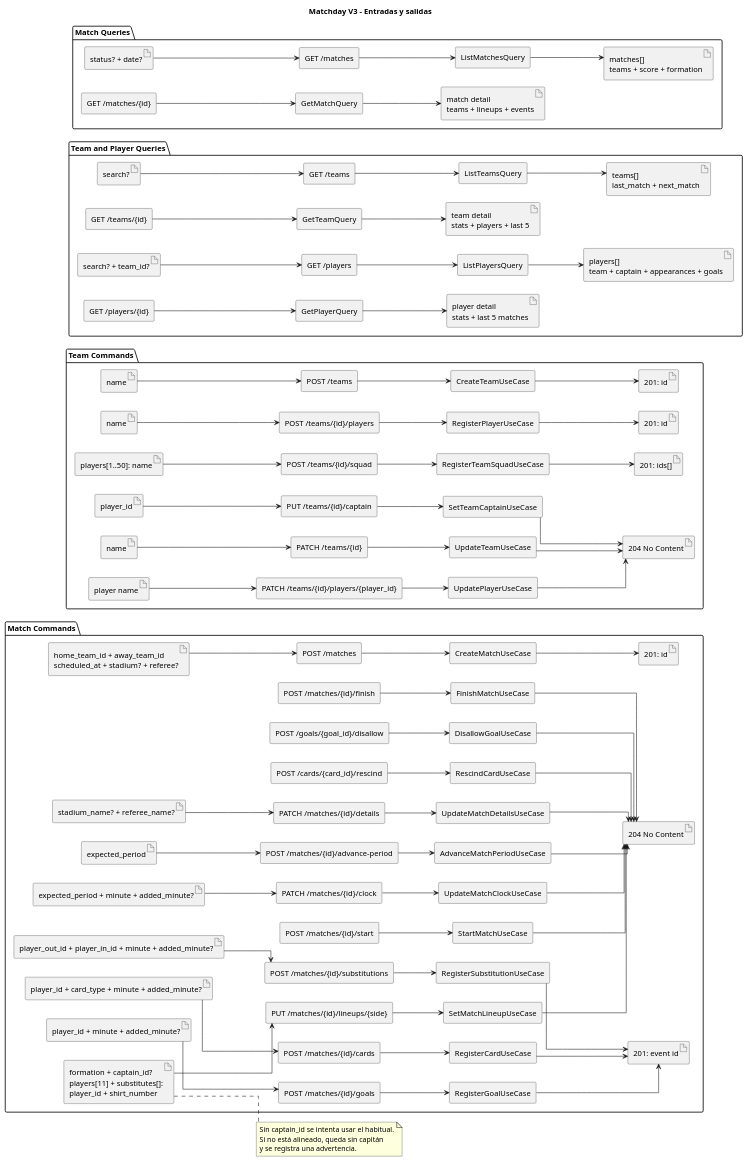
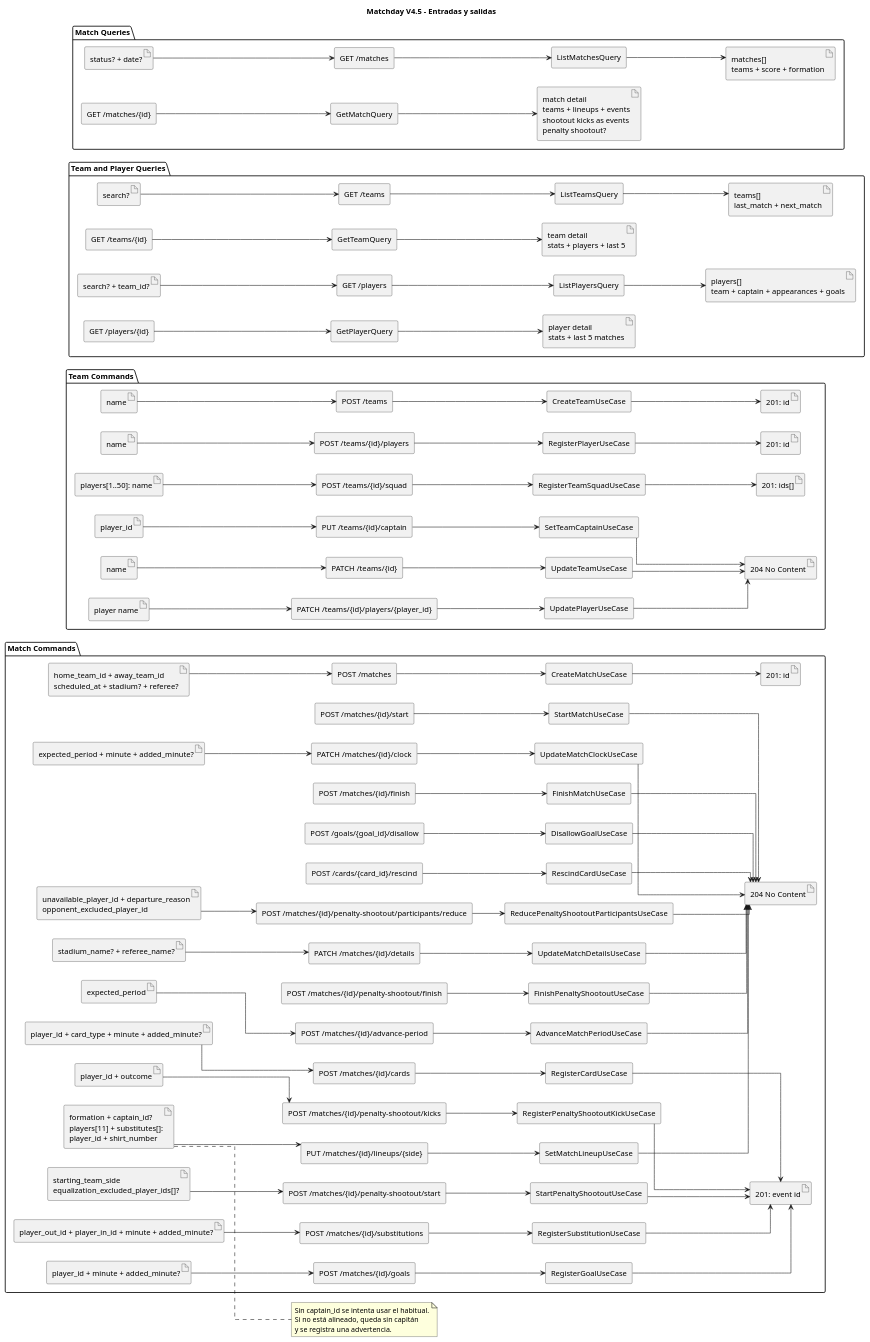
The diagram in docs/diagrams/inputs-outputs.puml (JaredDet/Match-Day), drawn with PlantUML before and after one commit. The commit also changed 35 other files, not shown here.

```diff
--- a/docs/diagrams/inputs-outputs.puml
+++ b/docs/diagrams/inputs-outputs.puml
@@ -1,168 +1,190 @@
 @startuml Matchday Inputs and Outputs
-title Matchday V3 - Entradas y salidas
+title Matchday V4.5 - Entradas y salidas
 left to right direction
 skinparam componentStyle rectangle
 skinparam linetype ortho
 
 package "Team Commands" {
   component "POST /teams" as CreateTeamApi
   component "CreateTeamUseCase" as CreateTeam
   artifact "name" as CreateTeamInput
   artifact "201: id" as CreateTeamOutput
   component "PATCH /teams/{id}" as UpdateTeamApi
   component "UpdateTeamUseCase" as UpdateTeam
   artifact "name" as UpdateTeamInput
   component "POST /teams/{id}/players" as RegisterPlayerApi
   component "RegisterPlayerUseCase" as RegisterPlayer
   artifact "name" as RegisterPlayerInput
   artifact "201: id" as RegisterPlayerOutput
   component "POST /teams/{id}/squad" as RegisterSquadApi
   component "RegisterTeamSquadUseCase" as RegisterSquad
   artifact "players[1..50]: name" as RegisterSquadInput
   artifact "201: ids[]" as RegisterSquadOutput
   component "PATCH /teams/{id}/players/{player_id}" as UpdatePlayerApi
   component "UpdatePlayerUseCase" as UpdatePlayer
   artifact "player name" as UpdatePlayerInput
   component "PUT /teams/{id}/captain" as SetCaptainApi
   component "SetTeamCaptainUseCase" as SetCaptain
   artifact "player_id" as SetCaptainInput
   artifact "204 No Content" as EmptyTeamOutput
 }
 
 package "Team and Player Queries" {
   component "GET /teams" as ListTeamsApi
   component "ListTeamsQuery" as ListTeams
   artifact "search?" as ListTeamsInput
   artifact "teams[]\nlast_match + next_match" as ListTeamsOutput
   component "GET /teams/{id}" as GetTeamApi
   component "GetTeamQuery" as GetTeam
   artifact "team detail\nstats + players + last 5" as GetTeamOutput
   component "GET /players" as ListPlayersApi
   component "ListPlayersQuery" as ListPlayers
   artifact "search? + team_id?" as ListPlayersInput
   artifact "players[]\nteam + captain + appearances + goals" as ListPlayersOutput
   component "GET /players/{id}" as GetPlayerApi
   component "GetPlayerQuery" as GetPlayer
   artifact "player detail\nstats + last 5 matches" as GetPlayerOutput
 }
 
 package "Match Commands" {
   component "POST /matches" as CreateMatchApi
   component "CreateMatchUseCase" as CreateMatch
   artifact "home_team_id + away_team_id\nscheduled_at + stadium? + referee?" as CreateMatchInput
   artifact "201: id" as CreateMatchOutput
   component "PATCH /matches/{id}/details" as UpdateDetailsApi
   component "UpdateMatchDetailsUseCase" as UpdateDetails
   artifact "stadium_name? + referee_name?" as UpdateDetailsInput
   component "PUT /matches/{id}/lineups/{side}" as SetLineupApi
   component "SetMatchLineupUseCase" as SetLineup
   artifact "formation + captain_id?\nplayers[11] + substitutes[]:\nplayer_id + shirt_number" as SetLineupInput
   component "POST /matches/{id}/start" as StartApi
   component "StartMatchUseCase" as StartMatch
   component "POST /matches/{id}/advance-period" as AdvancePeriodApi
   component "AdvanceMatchPeriodUseCase" as AdvancePeriod
   artifact "expected_period" as AdvancePeriodInput
   component "PATCH /matches/{id}/clock" as UpdateClockApi
   component "UpdateMatchClockUseCase" as UpdateClock
   artifact "expected_period + minute + added_minute?" as UpdateClockInput
   component "POST /matches/{id}/finish" as FinishApi
   component "FinishMatchUseCase" as FinishMatch
   component "POST /matches/{id}/goals" as GoalApi
   component "RegisterGoalUseCase" as RegisterGoal
   artifact "player_id + minute + added_minute?" as GoalInput
   artifact "201: event id" as EventOutput
   component "POST /matches/{id}/cards" as CardApi
   component "RegisterCardUseCase" as RegisterCard
   artifact "player_id + card_type + minute + added_minute?" as CardInput
   component "POST /matches/{id}/substitutions" as SubstitutionApi
   component "RegisterSubstitutionUseCase" as RegisterSubstitution
   artifact "player_out_id + player_in_id + minute + added_minute?" as SubstitutionInput
   component "POST /goals/{goal_id}/disallow" as DisallowApi
   component "DisallowGoalUseCase" as DisallowGoal
   component "POST /cards/{card_id}/rescind" as RescindApi
   component "RescindCardUseCase" as RescindCard
   artifact "204 No Content" as EmptyMatchOutput
+  component "POST /matches/{id}/penalty-shootout/start" as StartShootoutApi
+  component "StartPenaltyShootoutUseCase" as StartShootout
+  artifact "starting_team_side\nequalization_excluded_player_ids[]?" as StartShootoutInput
+  component "POST /matches/{id}/penalty-shootout/kicks" as ShootoutKickApi
+  component "RegisterPenaltyShootoutKickUseCase" as RegisterShootoutKick
+  artifact "player_id + outcome" as ShootoutKickInput
+  component "POST /matches/{id}/penalty-shootout/participants/reduce" as ReduceShootoutApi
+  component "ReducePenaltyShootoutParticipantsUseCase" as ReduceShootout
+  artifact "unavailable_player_id + departure_reason\nopponent_excluded_player_id" as ReduceShootoutInput
+  component "POST /matches/{id}/penalty-shootout/finish" as FinishShootoutApi
+  component "FinishPenaltyShootoutUseCase" as FinishShootout
 }
 
 package "Match Queries" {
   component "GET /matches" as ListMatchesApi
   component "ListMatchesQuery" as ListMatches
   artifact "status? + date?" as ListMatchesInput
   artifact "matches[]\nteams + score + formation" as ListMatchesOutput
   component "GET /matches/{id}" as GetMatchApi
   component "GetMatchQuery" as GetMatch
-  artifact "match detail\nteams + lineups + events" as GetMatchOutput
+  artifact "match detail\nteams + lineups + events\nshootout kicks as events\npenalty shootout?" as GetMatchOutput
 }
 
 CreateTeamInput --> CreateTeamApi
 CreateTeamApi --> CreateTeam
 CreateTeam --> CreateTeamOutput
 UpdateTeamInput --> UpdateTeamApi
 UpdateTeamApi --> UpdateTeam
 UpdateTeam --> EmptyTeamOutput
 RegisterPlayerInput --> RegisterPlayerApi
 RegisterPlayerApi --> RegisterPlayer
 RegisterPlayer --> RegisterPlayerOutput
 RegisterSquadInput --> RegisterSquadApi
 RegisterSquadApi --> RegisterSquad
 RegisterSquad --> RegisterSquadOutput
 UpdatePlayerInput --> UpdatePlayerApi
 UpdatePlayerApi --> UpdatePlayer
 UpdatePlayer --> EmptyTeamOutput
 SetCaptainInput --> SetCaptainApi
 SetCaptainApi --> SetCaptain
 SetCaptain --> EmptyTeamOutput
 ListTeamsInput --> ListTeamsApi
 ListTeamsApi --> ListTeams
 ListTeams --> ListTeamsOutput
 GetTeamApi --> GetTeam
 GetTeam --> GetTeamOutput
 ListPlayersInput --> ListPlayersApi
 ListPlayersApi --> ListPlayers
 ListPlayers --> ListPlayersOutput
 GetPlayerApi --> GetPlayer
 GetPlayer --> GetPlayerOutput
 CreateMatchInput --> CreateMatchApi
 CreateMatchApi --> CreateMatch
 CreateMatch --> CreateMatchOutput
 UpdateDetailsInput --> UpdateDetailsApi
 UpdateDetailsApi --> UpdateDetails
 UpdateDetails --> EmptyMatchOutput
 SetLineupInput --> SetLineupApi
 SetLineupApi --> SetLineup
 SetLineup --> EmptyMatchOutput
 StartApi --> StartMatch
 StartMatch --> EmptyMatchOutput
 AdvancePeriodInput --> AdvancePeriodApi
 AdvancePeriodApi --> AdvancePeriod
 AdvancePeriod --> EmptyMatchOutput
 UpdateClockInput --> UpdateClockApi
 UpdateClockApi --> UpdateClock
 UpdateClock --> EmptyMatchOutput
 FinishApi --> FinishMatch
 FinishMatch --> EmptyMatchOutput
 GoalInput --> GoalApi
 GoalApi --> RegisterGoal
 RegisterGoal --> EventOutput
 CardInput --> CardApi
 CardApi --> RegisterCard
 RegisterCard --> EventOutput
 SubstitutionInput --> SubstitutionApi
 SubstitutionApi --> RegisterSubstitution
 RegisterSubstitution --> EventOutput
 DisallowApi --> DisallowGoal
 DisallowGoal --> EmptyMatchOutput
 RescindApi --> RescindCard
 RescindCard --> EmptyMatchOutput
+StartShootoutInput --> StartShootoutApi
+StartShootoutApi --> StartShootout
+StartShootout --> EventOutput
+ShootoutKickInput --> ShootoutKickApi
+ShootoutKickApi --> RegisterShootoutKick
+RegisterShootoutKick --> EventOutput
+ReduceShootoutInput --> ReduceShootoutApi
+ReduceShootoutApi --> ReduceShootout
+ReduceShootout --> EmptyMatchOutput
+FinishShootoutApi --> FinishShootout
+FinishShootout --> EmptyMatchOutput
 ListMatchesInput --> ListMatchesApi
 ListMatchesApi --> ListMatches
 ListMatches --> ListMatchesOutput
 GetMatchApi --> GetMatch
 GetMatch --> GetMatchOutput
 
 note right of SetLineupInput
   Sin captain_id se intenta usar el habitual.
   Si no está alineado, queda sin capitán
   y se registra una advertencia.
 end note
 @enduml
```
